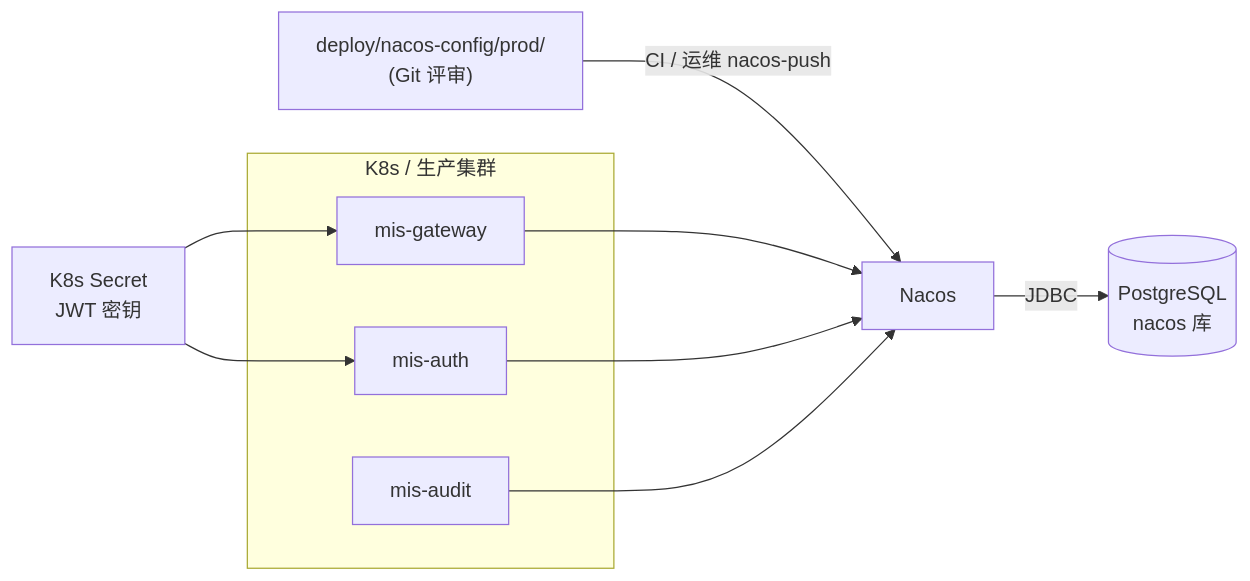
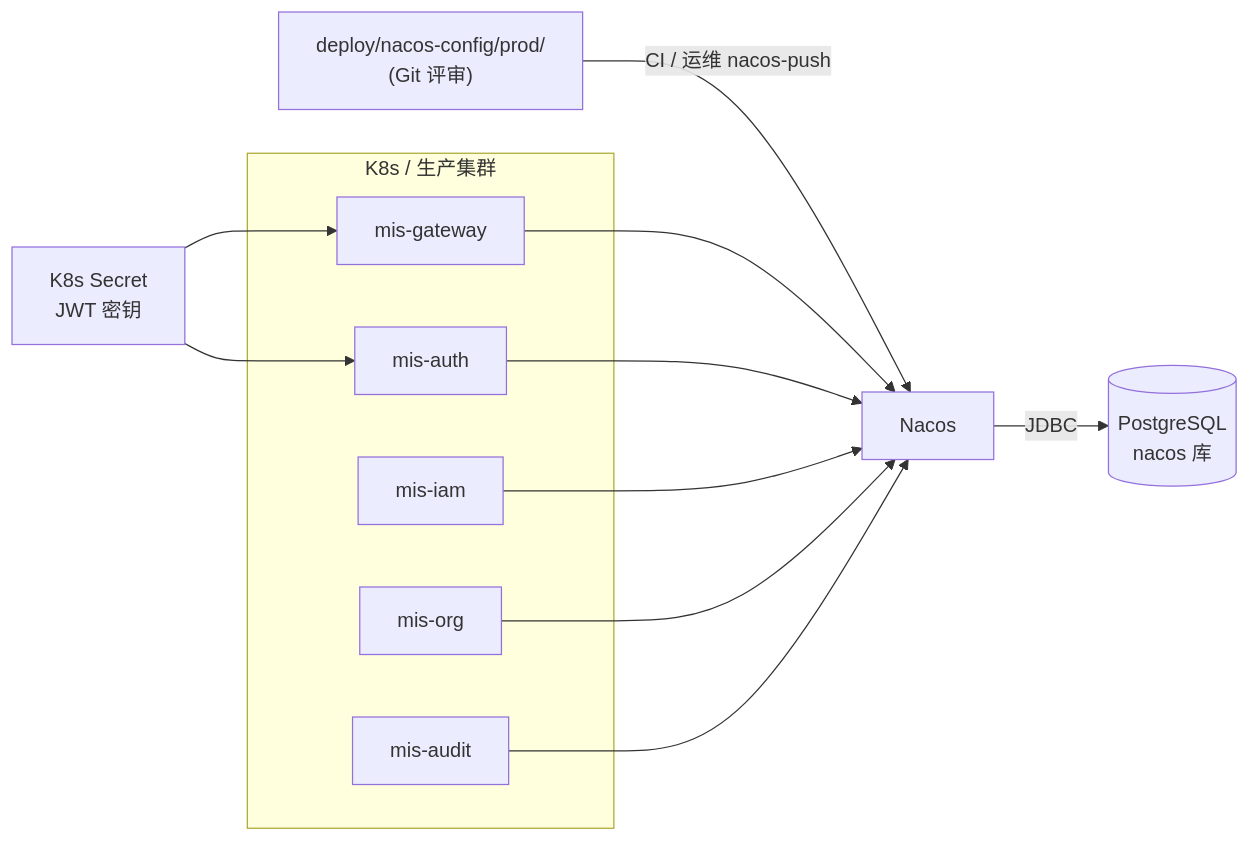
Before and after one commit to 13961588612/mis-platform: the diagram in docs/devops/prod-deploy.md, drawn with Mermaid. The commit also changed other lines of this file and 30 other files, not shown here.

Commit message:
模块整理 mis-org+mis-user->mis-org mis-rabs->mis-iam  mis-api->mis-system

````diff
--- a/docs/devops/prod-deploy.md
+++ b/docs/devops/prod-deploy.md
@@ -9,15 +9,19 @@
 ```mermaid
 flowchart LR
     Git["deploy/nacos-config/prod/\n(Git 评审)"] -->|CI / 运维 nacos-push| Nacos
     Nacos -->|JDBC| PG[("PostgreSQL\nnacos 库")]
     subgraph k8s [K8s / 生产集群]
         GW[mis-gateway]
         Auth[mis-auth]
+        IAM[mis-iam]
+        Org[mis-org]
         Audit[mis-audit]
     end
     GW --> Nacos
     Auth --> Nacos
+    IAM --> Nacos
+    Org --> Nacos
     Audit --> Nacos
     Secret["K8s Secret\nJWT 密钥"] --> Auth
     Secret --> GW
 ```
````
